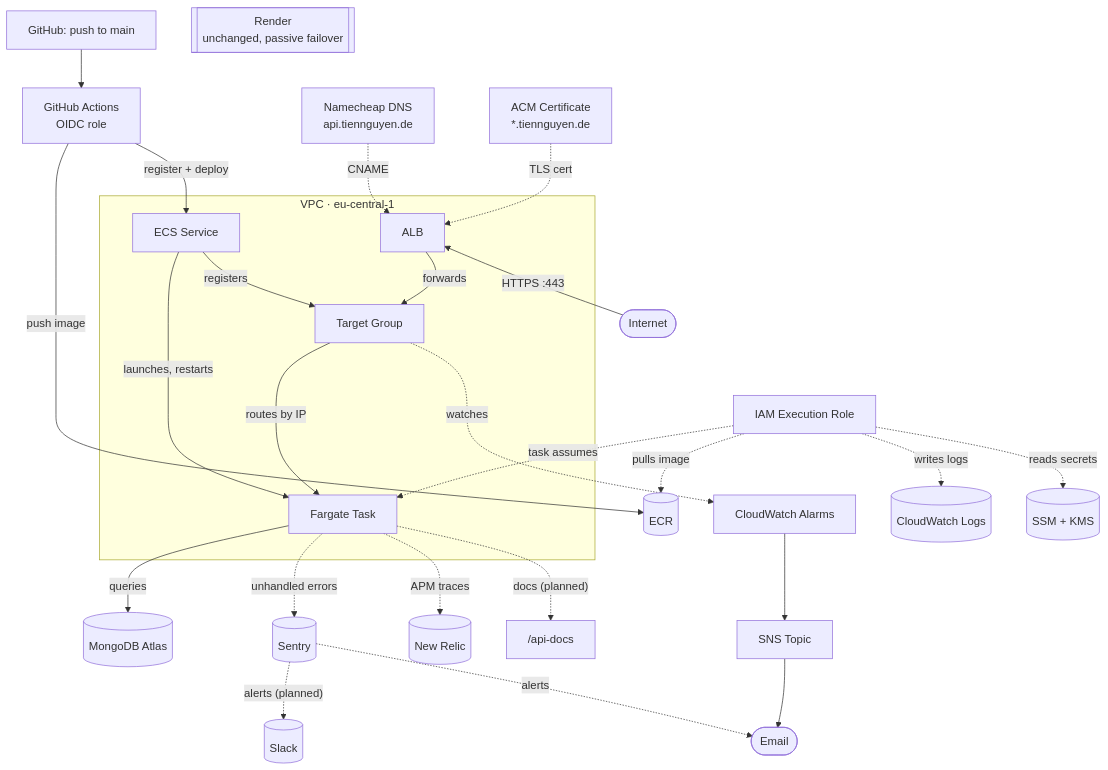
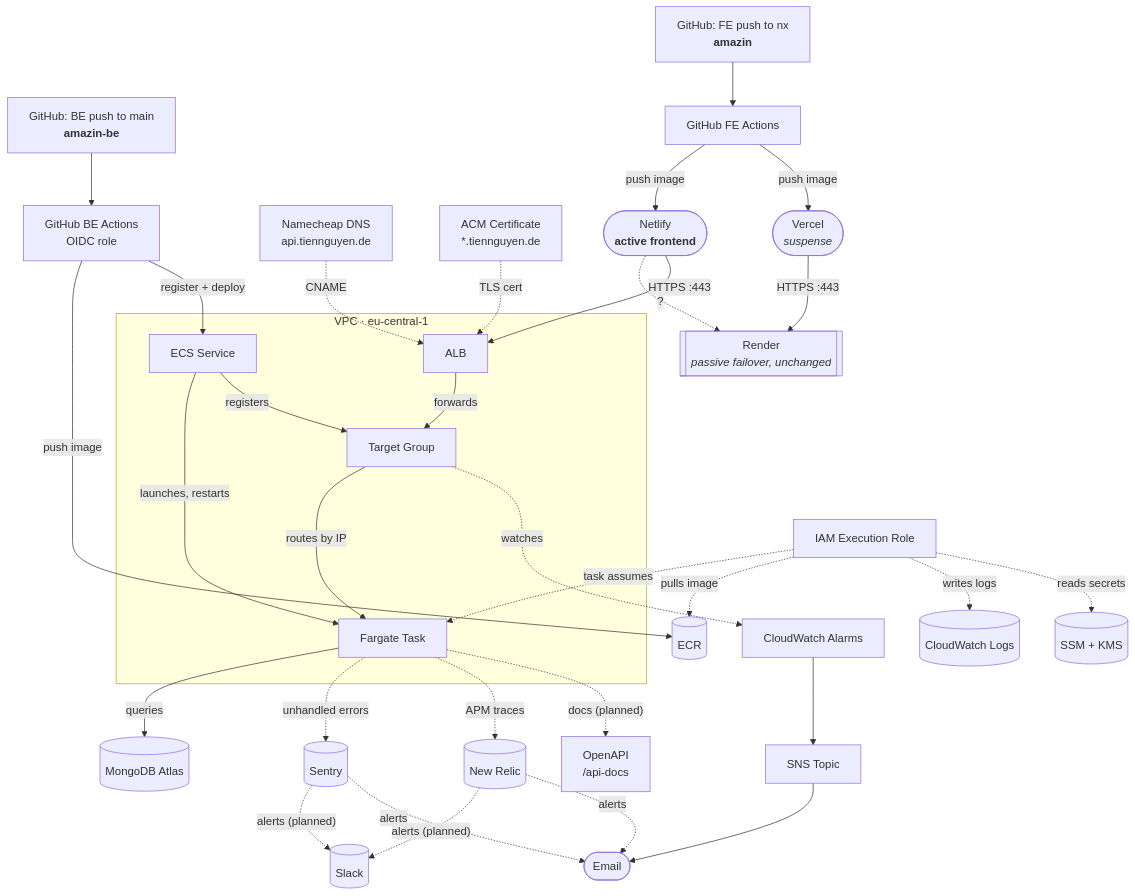
Before and after one commit to ntrix/amazin-be: the second of 2 diagrams in README.md, drawn with Mermaid.

Commit message:
docs(readme): mirror FE diagram split (BE/FE Actions, Vercel failover, New Relic alerts)

````diff
--- a/README.md
+++ b/README.md
@@ -116,40 +116,45 @@
 ```mermaid
 flowchart TB
-  GitHub["GitHub: push to main"] --> Actions["GitHub Actions<br/>OIDC role"]
-  Actions -->|"push image"| ECR2[("ECR")]
-  Actions -->|"register + deploy"| Service2
+  GitHubBE["GitHub: BE push to main<br/><b>amazin-be</b>"] --> ActionsBE["GitHub BE Actions<br/>OIDC role"]
+  ActionsBE -->|"push image"| ECR2[("ECR")]
+  ActionsBE -->|"register + deploy"| Service2
 
   DNS["Namecheap DNS<br/>api.tiennguyen.de"] -. CNAME .-> ALB2
   ACM["ACM Certificate<br/>*.tiennguyen.de"] -. "TLS cert" .-> ALB2
 
-  ~~~Internet2([Internet]) -->|"HTTPS :443"| ALB2["ALB"]
+  GitHubFE["GitHub: FE push to nx<br/><b>amazin</b>"] --> ActionsFE["GitHub FE Actions"]
+  ActionsFE -->|"push image"| Netlify2(["Netlify<br/><b>active frontend</b>"]) .->|"?"| Render2
+  Netlify2 -->|"HTTPS :443"| ALB2["ALB"]
+  ActionsFE -->|"push image"| Vercel2(["Vercel<br/><i>suspense</i>"]) -->|"HTTPS :443"| Render2
   ALB2 -->|forwards| TG2["Target Group"]
   TG2 -->|"routes by IP"| Task2["Fargate Task"]
   Task2 -->|queries| Mongo2[("MongoDB Atlas")]
   Service2["ECS Service"] -->|"launches, restarts"| Task2
   Service2 -->|registers| TG2
 
   ~~~Role2["IAM Execution Role"] -. "task assumes" .-> Task2
   Role2 -. "pulls image" .-> ECR2
   Role2 -. "writes logs" .-> Logs2[("CloudWatch Logs")]
   Role2 -. "reads secrets" .-> SSM2[("SSM + KMS")]
 
   TG2 -. watches .-> Alarms["CloudWatch Alarms"]
   Alarms --> SNS["SNS Topic"]
   SNS --> Email([Email])
 
   Task2 -. "unhandled errors" .-> Sentry[("Sentry")]
   Task2 -. "APM traces" .-> NewRelic[("New Relic")]
-  Task2 -. "docs (planned)" .-> OpenAPI["/api-docs"]
+  Task2 -. "docs (planned)" .-> OpenAPI["OpenAPI<br>/api-docs"]
   Sentry -. "alerts (planned)" .-> Slack[("Slack")]
   Sentry -. alerts .-> Email
+  NewRelic -. "alerts (planned)" .-> Slack
+  NewRelic -. alerts .-> Email
 
-  Render2[["Render<br/>unchanged, passive failover"]]
+  Render2[["Render<br/><i>passive failover, unchanged</i>"]]
 
   subgraph VPC2["VPC · eu-central-1"]
     ALB2
     TG2
     Task2
     Service2
   end
 ```
````
